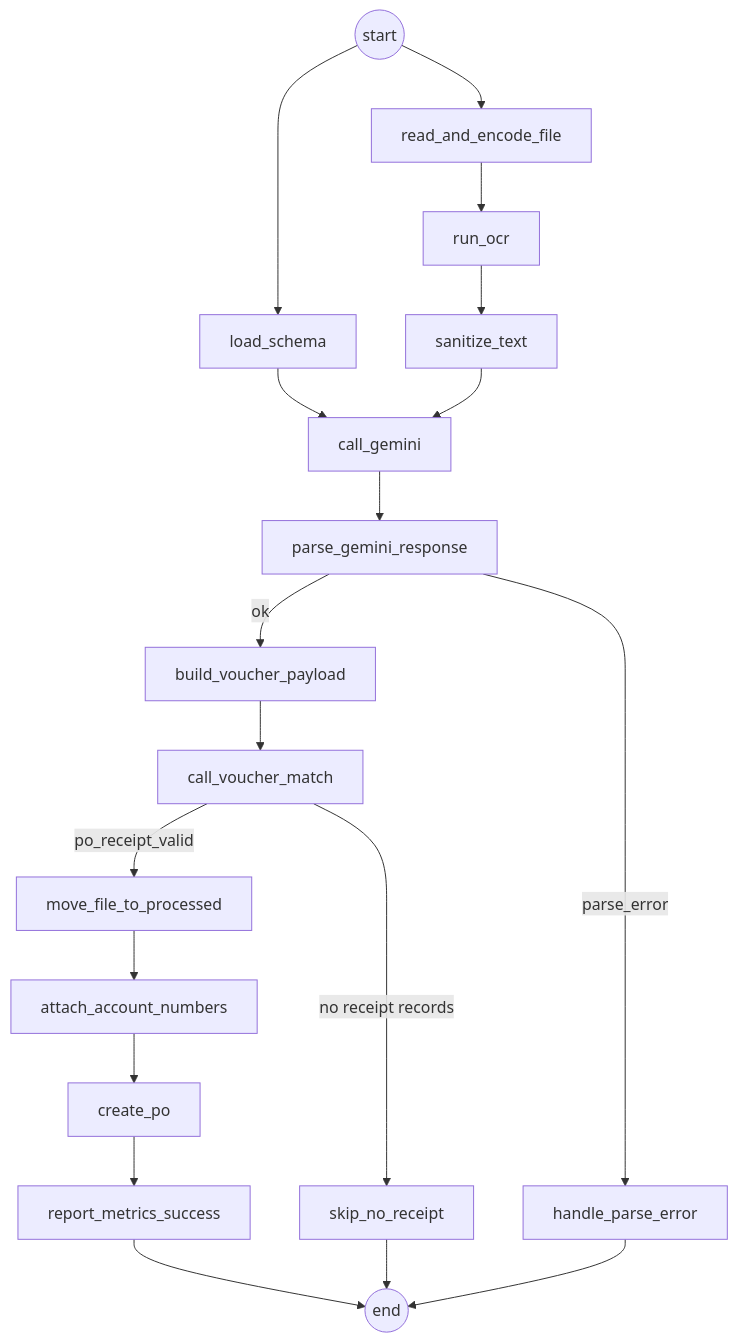
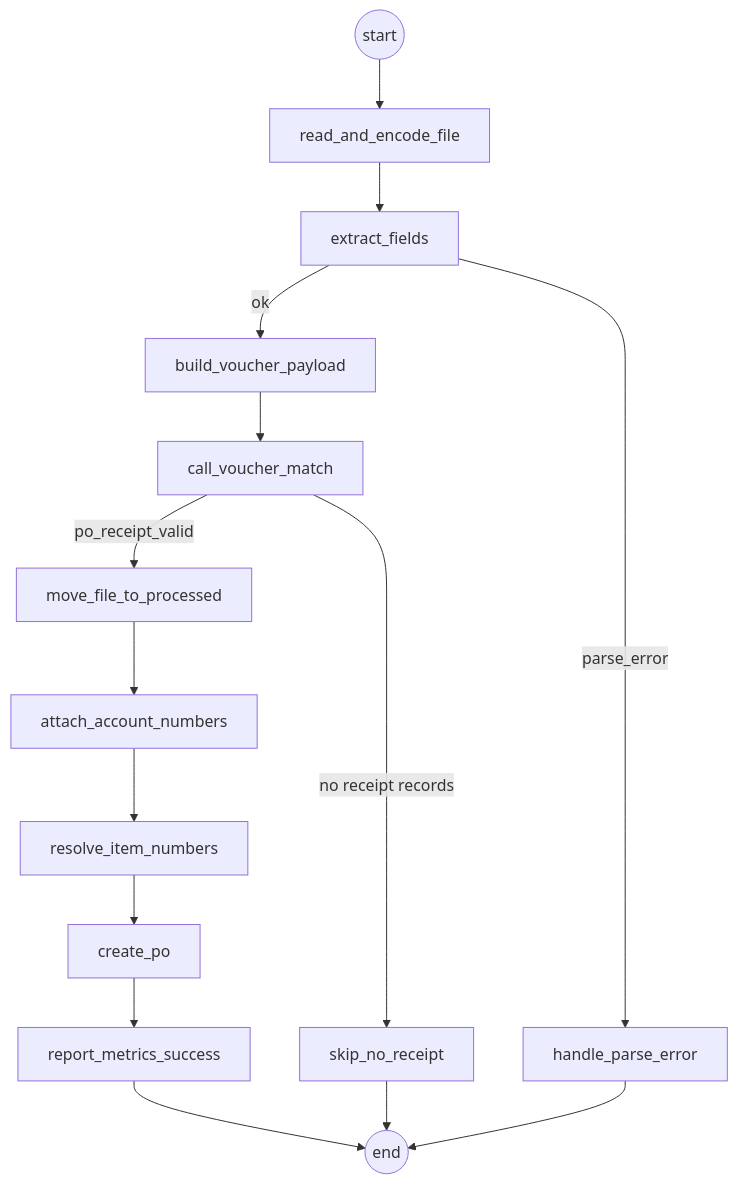
The second of 2 diagrams in README.md (ramnath269/ap-invoice-workflow), drawn with Mermaid before and after one commit. The commit also changed other lines of this file and 13 other files, not shown here.

````diff
--- a/README.md
+++ b/README.md
@@ -70,21 +74,17 @@
 ```mermaid
 flowchart TD
-    START((start)) --> LS[load_schema]
-    START --> RE[read_and_encode_file]
-    RE --> OCR[run_ocr]
-    OCR --> SAN[sanitize_text]
-    LS --> GEM[call_gemini]
-    SAN --> GEM
-    GEM --> PARSE[parse_gemini_response]
-    PARSE -->|parse_error| ERR[handle_parse_error]
-    PARSE -->|ok| BVP[build_voucher_payload]
+    START((start)) --> RE[read_and_encode_file]
+    RE --> EXT[extract_fields]
+    EXT -->|parse_error| ERR[handle_parse_error]
+    EXT -->|ok| BVP[build_voucher_payload]
     BVP --> CVM[call_voucher_match]
     CVM -->|no receipt records| SKIP[skip_no_receipt]
     CVM -->|po_receipt_valid| MOVE[move_file_to_processed]
     MOVE --> ACC[attach_account_numbers]
-    ACC --> PO[create_po]
+    ACC --> RESOLVE[resolve_item_numbers]
+    RESOLVE --> PO[create_po]
     PO --> METRICS[report_metrics_success]
     METRICS --> END((end))
     SKIP --> END
     ERR --> END
 ```
````
